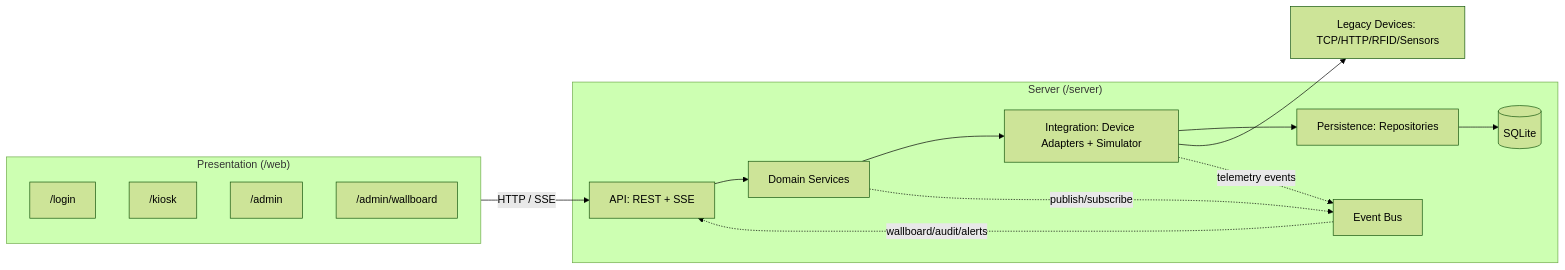
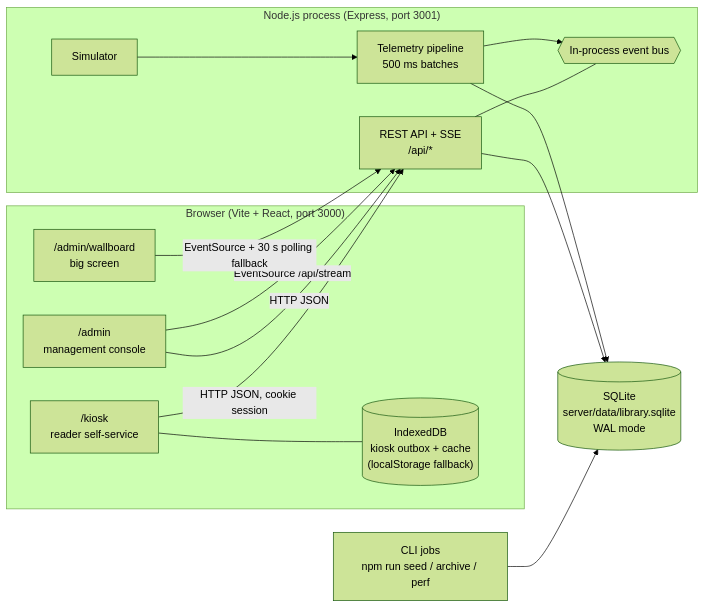
One commit to jeren001/unmanned-library changed the second of 7 diagrams in docs/ARCHITECTURE.md. Above: the diagram before and after it, drawn with Mermaid (forest theme). The commit also changed other lines of this file and 22 other files, not shown here.

````diff
--- a/docs/ARCHITECTURE.md
+++ b/docs/ARCHITECTURE.md
@@ -9,30 +49,31 @@
 ```mermaid
 flowchart LR
-  subgraph Web["Presentation (/web)"]
-    Login["/login"]
-    Kiosk["/kiosk"]
-    Admin["/admin"]
-    Wallboard["/admin/wallboard"]
+  subgraph browser["Browser (Vite + React, port 3000)"]
+    kiosk["/kiosk<br/>reader self-service"]
+    admin["/admin<br/>management console"]
+    wb["/admin/wallboard<br/>big screen"]
+    idb[("IndexedDB<br/>kiosk outbox + cache<br/>(localStorage fallback)")]
+    kiosk --- idb
   end
 
-  subgraph Server["Server (/server)"]
-    API["API: REST + SSE"]
-    Domain["Domain Services"]
-    Integration["Integration: Device Adapters + Simulator"]
-    Persistence["Persistence: Repositories"]
-    Events["Event Bus"]
-    DB[("SQLite")]
+  subgraph node["Node.js process (Express, port 3001)"]
+    api["REST API + SSE<br/>/api/*"]
+    bus{{"In-process event bus"}}
+    pipe["Telemetry pipeline<br/>500 ms batches"]
+    simc["Simulator"]
+    api --- bus
+    pipe --> bus
+    simc --> pipe
   end
 
-  Hardware["Legacy Devices: TCP/HTTP/RFID/Sensors"]
+  db[("SQLite<br/>server/data/library.sqlite<br/>WAL mode")]
+  cli["CLI jobs<br/>npm run seed / archive / perf"]
 
-  Web -->|HTTP / SSE| API
-  API --> Domain
-  Domain --> Integration
-  Integration --> Persistence
-  Persistence --> DB
-  Integration --> Hardware
-  Domain -. publish/subscribe .-> Events
-  Integration -. telemetry events .-> Events
-  Events -. wallboard/audit/alerts .-> API
+  kiosk -- "HTTP JSON, cookie session" --> api
+  admin -- "HTTP JSON" --> api
+  admin -- "EventSource /api/stream" --> api
+  wb -- "EventSource + 30 s polling fallback" --> api
+  api --> db
+  pipe --> db
+  cli --> db
 ```
````
